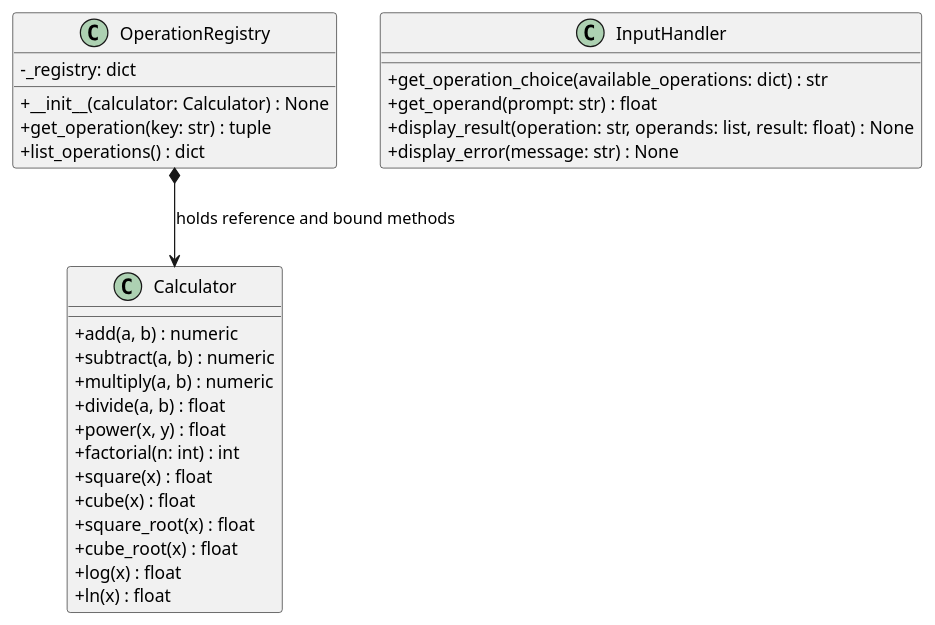
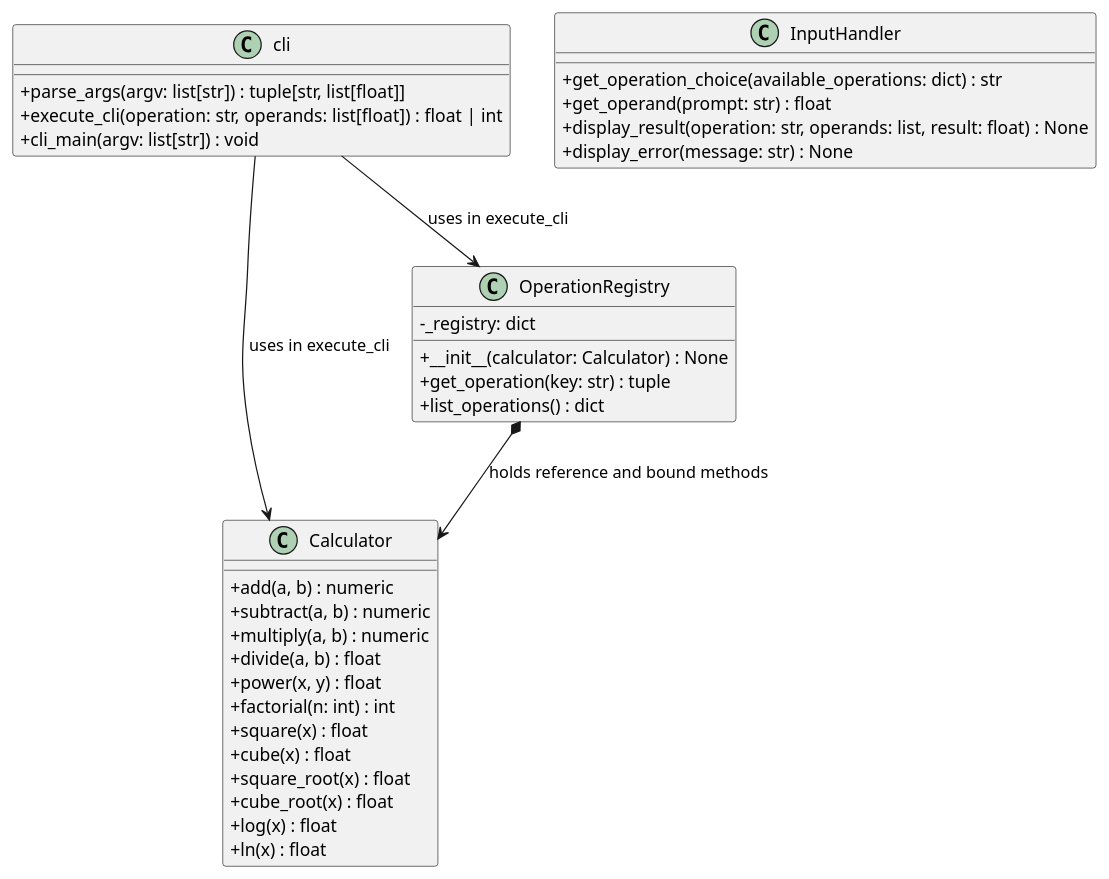
Before and after one commit to DanielRiha8906/Calculator_bachelor_autoevolution_team: the diagram in artifacts/class_diagram_calculator_io.puml, drawn with PlantUML. The commit also changed 3 other files, not shown here.

Commit message:
docs: add CLI mode PlantUML diagrams

```diff
--- a/artifacts/class_diagram_calculator_io.puml
+++ b/artifacts/class_diagram_calculator_io.puml
@@ -1,36 +1,45 @@
 @startuml class_diagram_calculator_io
 
 skinparam classAttributeIconSize 0
 
 class Calculator {
     +add(a, b) : numeric
     +subtract(a, b) : numeric
     +multiply(a, b) : numeric
     +divide(a, b) : float
     +power(x, y) : float
     +factorial(n: int) : int
     +square(x) : float
     +cube(x) : float
     +square_root(x) : float
     +cube_root(x) : float
     +log(x) : float
     +ln(x) : float
 }
 
 class InputHandler {
     +get_operation_choice(available_operations: dict) : str
     +get_operand(prompt: str) : float
     +display_result(operation: str, operands: list, result: float) : None
     +display_error(message: str) : None
 }
 
 class OperationRegistry {
     -_registry: dict
     +__init__(calculator: Calculator) : None
     +get_operation(key: str) : tuple
     +list_operations() : dict
 }
 
 OperationRegistry *--> Calculator : holds reference and bound methods
 
+class cli {
+    +parse_args(argv: list[str]) : tuple[str, list[float]]
+    +execute_cli(operation: str, operands: list[float]) : float | int
+    +cli_main(argv: list[str]) : void
+}
+
+cli --> Calculator : uses in execute_cli
+cli --> OperationRegistry : uses in execute_cli
+
 @enduml
```
